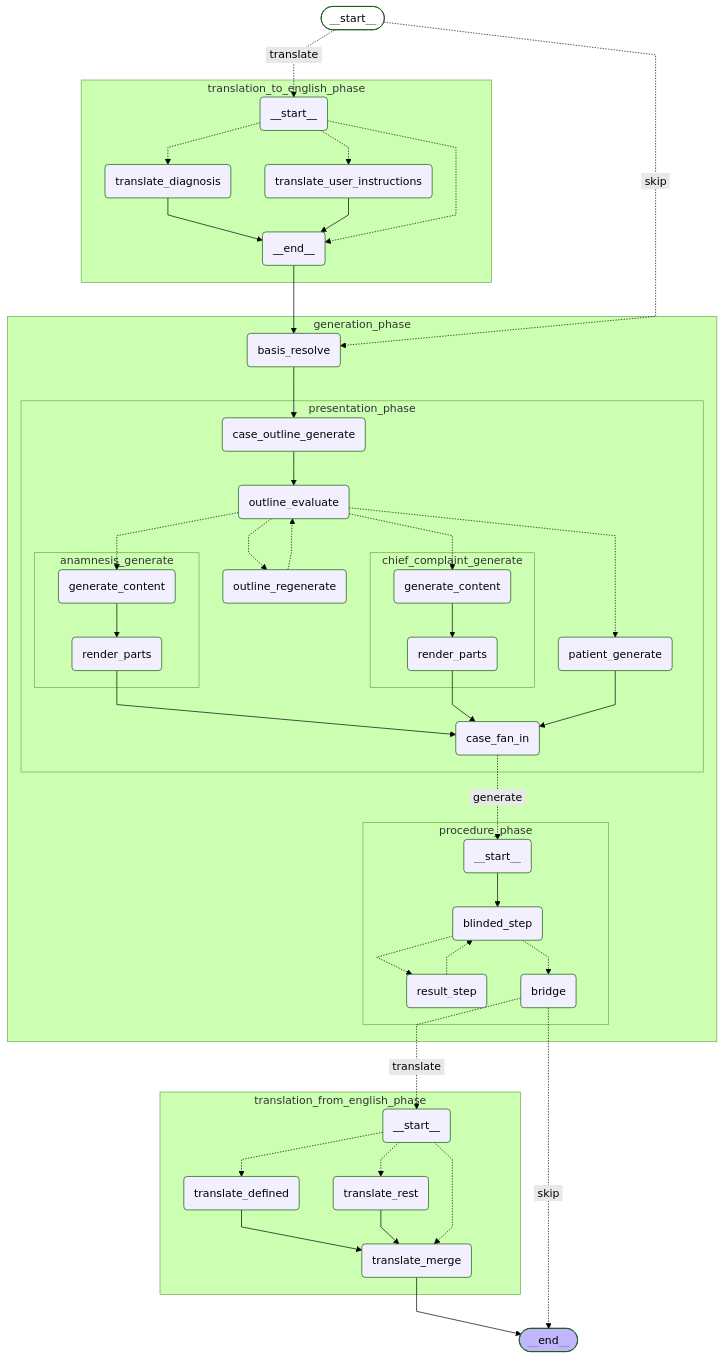
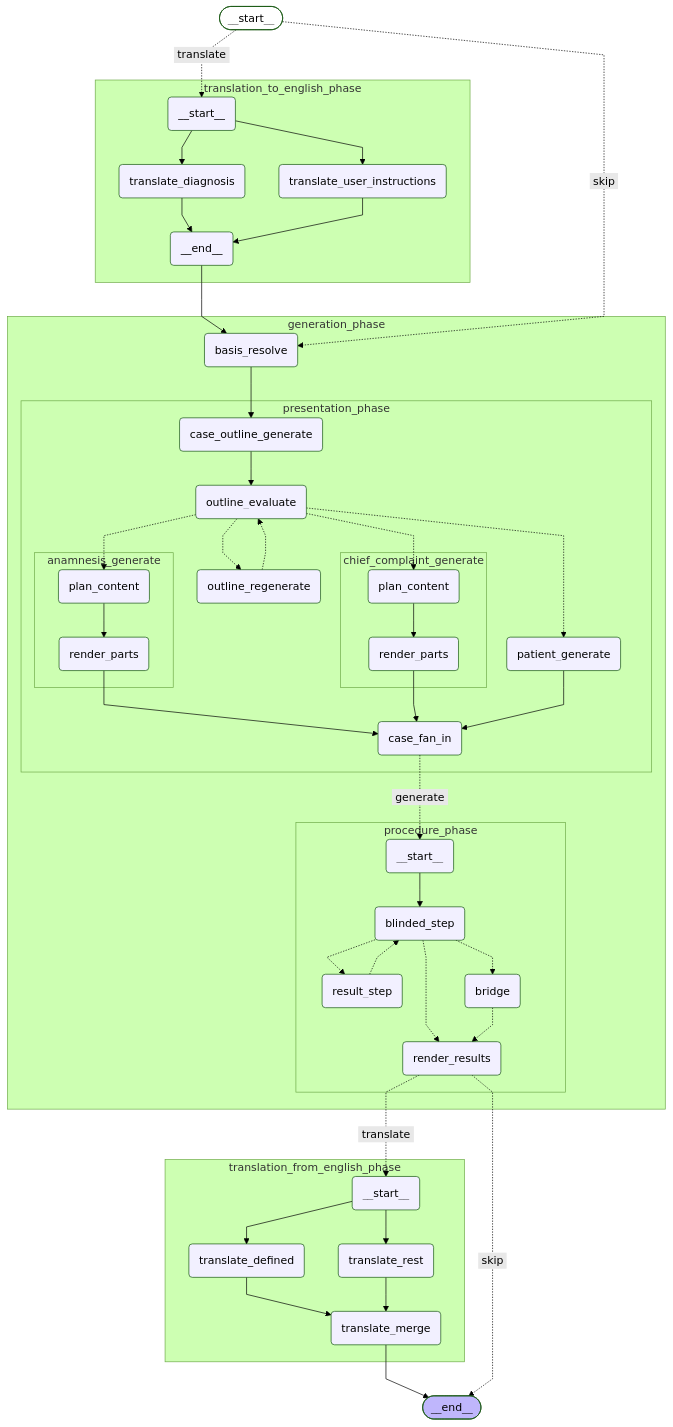
The diagram in docs/graphs/case-graph.translation-sandwich.mmd (janthoXO/AetioMed), drawn with Mermaid (forest theme) before and after one commit. The commit also changed 5 other files, not shown here.

```diff
--- a/docs/graphs/case-graph.translation-sandwich.mmd
+++ b/docs/graphs/case-graph.translation-sandwich.mmd
@@ -1,76 +1,77 @@
 %%{init: {'flowchart': {'curve': 'linear'}}}%%
 graph TD;
 	__start__([<p>__start__</p>]):::first
 	generation_phase_basis_resolve(basis_resolve)
 	generation_phase_presentation_phase_case_outline_generate(case_outline_generate)
 	generation_phase_presentation_phase_outline_evaluate(outline_evaluate)
 	generation_phase_presentation_phase_outline_regenerate(outline_regenerate)
 	generation_phase_presentation_phase_patient_generate(patient_generate)
-	generation_phase_presentation_phase_chief_complaint_generate_generate_content(generate_content)
+	generation_phase_presentation_phase_chief_complaint_generate_plan_content(plan_content)
 	generation_phase_presentation_phase_chief_complaint_generate_render_parts(render_parts)
-	generation_phase_presentation_phase_anamnesis_generate_generate_content(generate_content)
+	generation_phase_presentation_phase_anamnesis_generate_plan_content(plan_content)
 	generation_phase_presentation_phase_anamnesis_generate_render_parts(render_parts)
 	generation_phase_presentation_phase_case_fan_in(case_fan_in)
 	generation_phase_procedure_phase___start__(<p>__start__</p>)
 	generation_phase_procedure_phase_blinded_step(blinded_step)
 	generation_phase_procedure_phase_result_step(result_step)
 	generation_phase_procedure_phase_bridge(bridge)
+	generation_phase_procedure_phase_render_results(render_results)
 	translation_to_english_phase___start__(<p>__start__</p>)
 	translation_to_english_phase_translate_diagnosis(translate_diagnosis)
 	translation_to_english_phase_translate_user_instructions(translate_user_instructions)
 	translation_to_english_phase___end__(<p>__end__</p>)
 	translation_from_english_phase___start__(<p>__start__</p>)
 	translation_from_english_phase_translate_defined(translate_defined)
 	translation_from_english_phase_translate_rest(translate_rest)
 	translation_from_english_phase_translate_merge(translate_merge)
 	__end__([<p>__end__</p>]):::last
 	translation_from_english_phase_translate_merge --> __end__;
 	translation_to_english_phase___end__ --> generation_phase_basis_resolve;
 	__start__ -. &nbsp;translate&nbsp; .-> translation_to_english_phase___start__;
 	__start__ -. &nbsp;skip&nbsp; .-> generation_phase_basis_resolve;
-	generation_phase_procedure_phase_bridge -. &nbsp;translate&nbsp; .-> translation_from_english_phase___start__;
-	generation_phase_procedure_phase_bridge -. &nbsp;skip&nbsp; .-> __end__;
+	generation_phase_procedure_phase_render_results -. &nbsp;translate&nbsp; .-> translation_from_english_phase___start__;
+	generation_phase_procedure_phase_render_results -. &nbsp;skip&nbsp; .-> __end__;
 	subgraph generation_phase
 	subgraph presentation_phase
 	subgraph chief_complaint_generate
-	generation_phase_presentation_phase_chief_complaint_generate_generate_content --> generation_phase_presentation_phase_chief_complaint_generate_render_parts;
+	generation_phase_presentation_phase_chief_complaint_generate_plan_content --> generation_phase_presentation_phase_chief_complaint_generate_render_parts;
 	end
 	subgraph anamnesis_generate
-	generation_phase_presentation_phase_anamnesis_generate_generate_content --> generation_phase_presentation_phase_anamnesis_generate_render_parts;
+	generation_phase_presentation_phase_anamnesis_generate_plan_content --> generation_phase_presentation_phase_anamnesis_generate_render_parts;
 	end
 	generation_phase_presentation_phase_anamnesis_generate_render_parts --> generation_phase_presentation_phase_case_fan_in;
 	generation_phase_presentation_phase_case_outline_generate --> generation_phase_presentation_phase_outline_evaluate;
 	generation_phase_presentation_phase_chief_complaint_generate_render_parts --> generation_phase_presentation_phase_case_fan_in;
 	generation_phase_presentation_phase_patient_generate --> generation_phase_presentation_phase_case_fan_in;
 	generation_phase_presentation_phase_outline_evaluate -.-> generation_phase_presentation_phase_outline_regenerate;
 	generation_phase_presentation_phase_outline_evaluate -.-> generation_phase_presentation_phase_patient_generate;
-	generation_phase_presentation_phase_outline_evaluate -.-> generation_phase_presentation_phase_chief_complaint_generate_generate_content;
-	generation_phase_presentation_phase_outline_evaluate -.-> generation_phase_presentation_phase_anamnesis_generate_generate_content;
+	generation_phase_presentation_phase_outline_evaluate -.-> generation_phase_presentation_phase_chief_complaint_generate_plan_content;
+	generation_phase_presentation_phase_outline_evaluate -.-> generation_phase_presentation_phase_anamnesis_generate_plan_content;
 	generation_phase_presentation_phase_outline_regenerate -.-> generation_phase_presentation_phase_outline_evaluate;
 	end
 	subgraph procedure_phase
 	generation_phase_procedure_phase___start__ --> generation_phase_procedure_phase_blinded_step;
 	generation_phase_procedure_phase_blinded_step -.-> generation_phase_procedure_phase_result_step;
 	generation_phase_procedure_phase_blinded_step -.-> generation_phase_procedure_phase_bridge;
+	generation_phase_procedure_phase_blinded_step -.-> generation_phase_procedure_phase_render_results;
 	generation_phase_procedure_phase_result_step -.-> generation_phase_procedure_phase_blinded_step;
+	generation_phase_procedure_phase_bridge -.-> generation_phase_procedure_phase_render_results;
 	end
 	generation_phase_basis_resolve --> generation_phase_presentation_phase_case_outline_generate;
 	generation_phase_presentation_phase_case_fan_in -. &nbsp;generate&nbsp; .-> generation_phase_procedure_phase___start__;
 	end
 	subgraph translation_to_english_phase
+	translation_to_english_phase___start__ --> translation_to_english_phase_translate_diagnosis;
+	translation_to_english_phase___start__ --> translation_to_english_phase_translate_user_instructions;
 	translation_to_english_phase_translate_diagnosis --> translation_to_english_phase___end__;
 	translation_to_english_phase_translate_user_instructions --> translation_to_english_phase___end__;
-	translation_to_english_phase___start__ -.-> translation_to_english_phase_translate_diagnosis;
-	translation_to_english_phase___start__ -.-> translation_to_english_phase_translate_user_instructions;
-	translation_to_english_phase___start__ -.-> translation_to_english_phase___end__;
 	end
 	subgraph translation_from_english_phase
+	translation_from_english_phase___start__ --> translation_from_english_phase_translate_defined;
+	translation_from_english_phase___start__ --> translation_from_english_phase_translate_rest;
 	translation_from_english_phase_translate_defined --> translation_from_english_phase_translate_merge;
 	translation_from_english_phase_translate_rest --> translation_from_english_phase_translate_merge;
-	translation_from_english_phase___start__ -.-> translation_from_english_phase_translate_defined;
-	translation_from_english_phase___start__ -.-> translation_from_english_phase_translate_rest;
-	translation_from_english_phase___start__ -.-> translation_from_english_phase_translate_merge;
 	end
 	classDef default fill:#f2f0ff,line-height:1.2;
 	classDef first fill-opacity:0;
 	classDef last fill:#bfb6fc;
```
